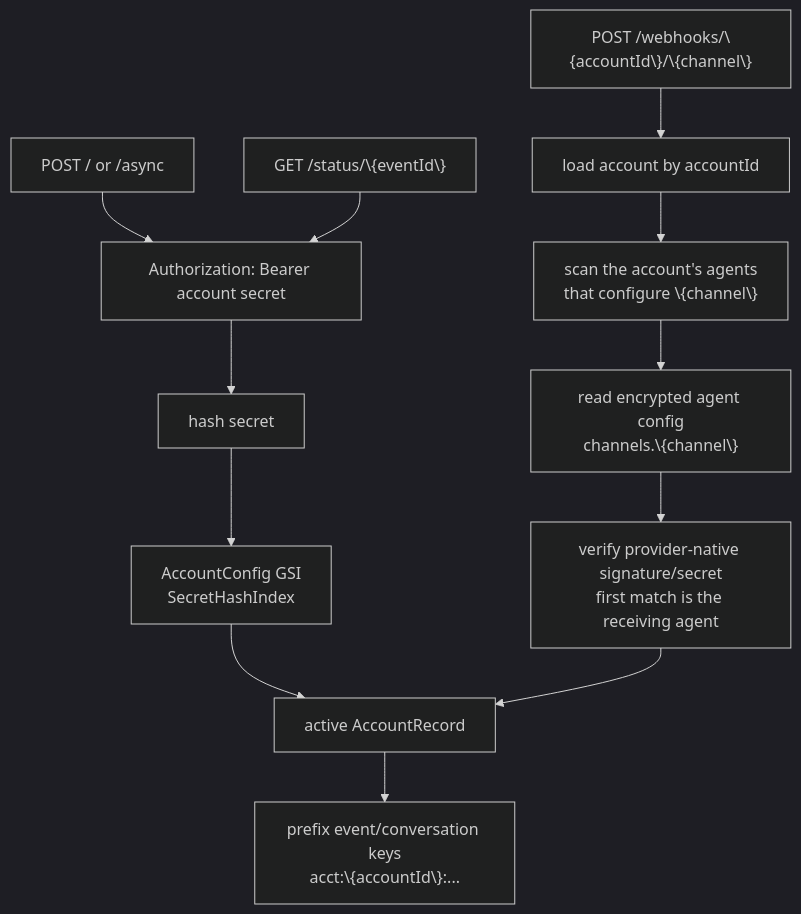
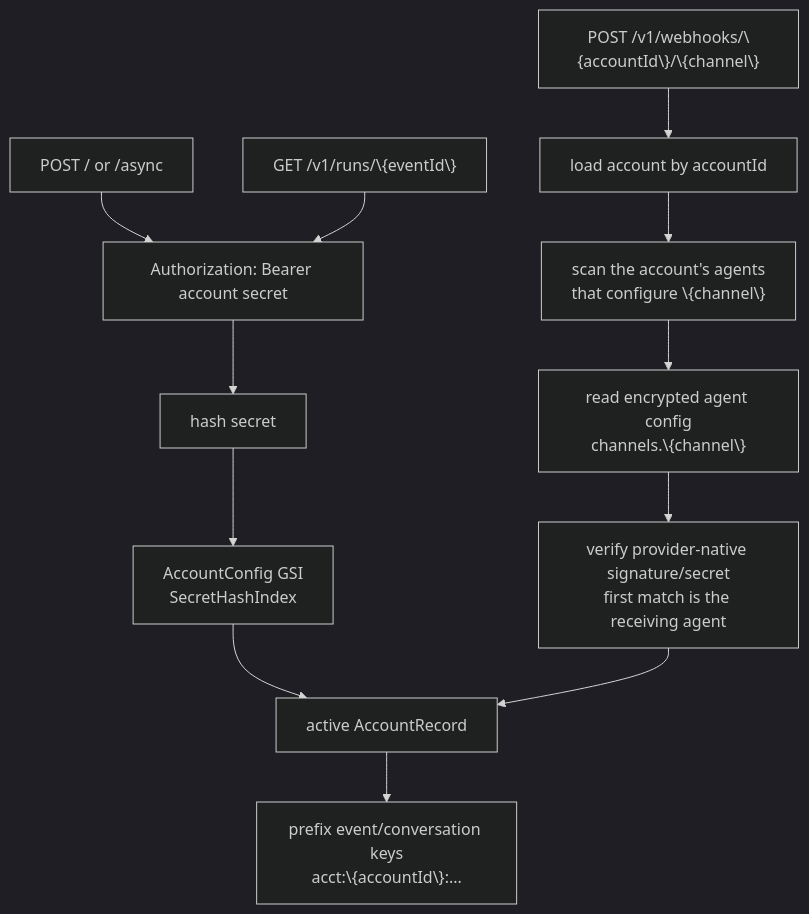
Before and after one commit to beeblastco/broods: the fourth of 12 diagrams in apps/docs/docs/architecture.md, drawn with Mermaid (dark theme). The commit also changed other lines of this file and 78 other files, not shown here.

````diff
--- a/apps/docs/docs/architecture.md
+++ b/apps/docs/docs/architecture.md
@@ -103,16 +103,16 @@
 ```mermaid
 flowchart TD
   Direct["POST / or /async"] --> Bearer["Authorization: Bearer account secret"]
-  Status["GET /status/\{eventId\}"] --> Bearer
+  Status["GET /v1/runs/\{eventId\}"] --> Bearer
   Bearer --> Hash["hash secret"]
   Hash --> Lookup["AccountConfig GSI<br/>SecretHashIndex"]
   Lookup --> Account["active AccountRecord"]
 
-  Webhook["POST /webhooks/\{accountId\}/\{channel\}"] --> Load["load account by accountId"]
+  Webhook["POST /v1/webhooks/\{accountId\}/\{channel\}"] --> Load["load account by accountId"]
   Load --> AgentLookup["scan the account's agents<br/>that configure \{channel\}"]
   AgentLookup --> ChannelConfig["read encrypted agent config<br/>channels.\{channel\}"]
   ChannelConfig --> Verify["verify provider-native signature/secret<br/>first match is the receiving agent"]
   Verify --> Account
 
   Account --> Namespace["prefix event/conversation keys<br/>acct:\{accountId\}:..."]
 ```
````
